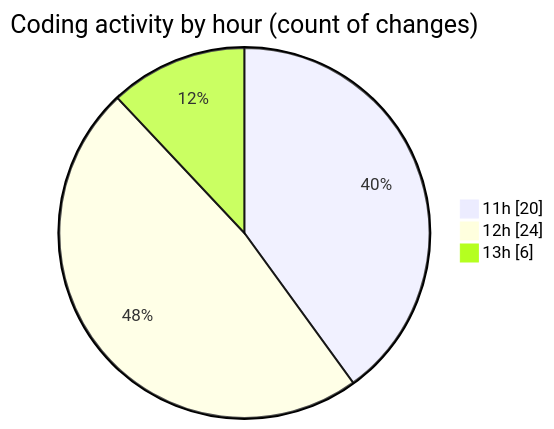
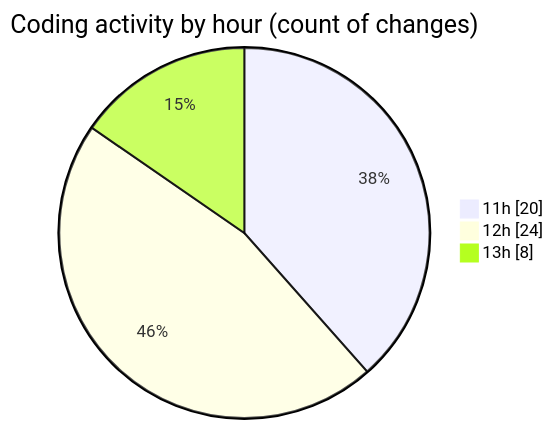
One commit to robertbonfada/code-tracking changed the second of 2 diagrams in 2025-01-31/audiobooks-web/README.md. Above: the diagram before and after it, drawn with Mermaid. The commit also changed other lines of this file and 1 other file, not shown here.

````diff
--- a/2025-01-31/audiobooks-web/README.md
+++ b/2025-01-31/audiobooks-web/README.md
@@ -44,7 +44,7 @@
 ```mermaid
 pie showData
 title Coding activity by hour (count of changes)
 "11h" : 20
 "12h" : 24
-"13h" : 6
+"13h" : 8
 ```
````
